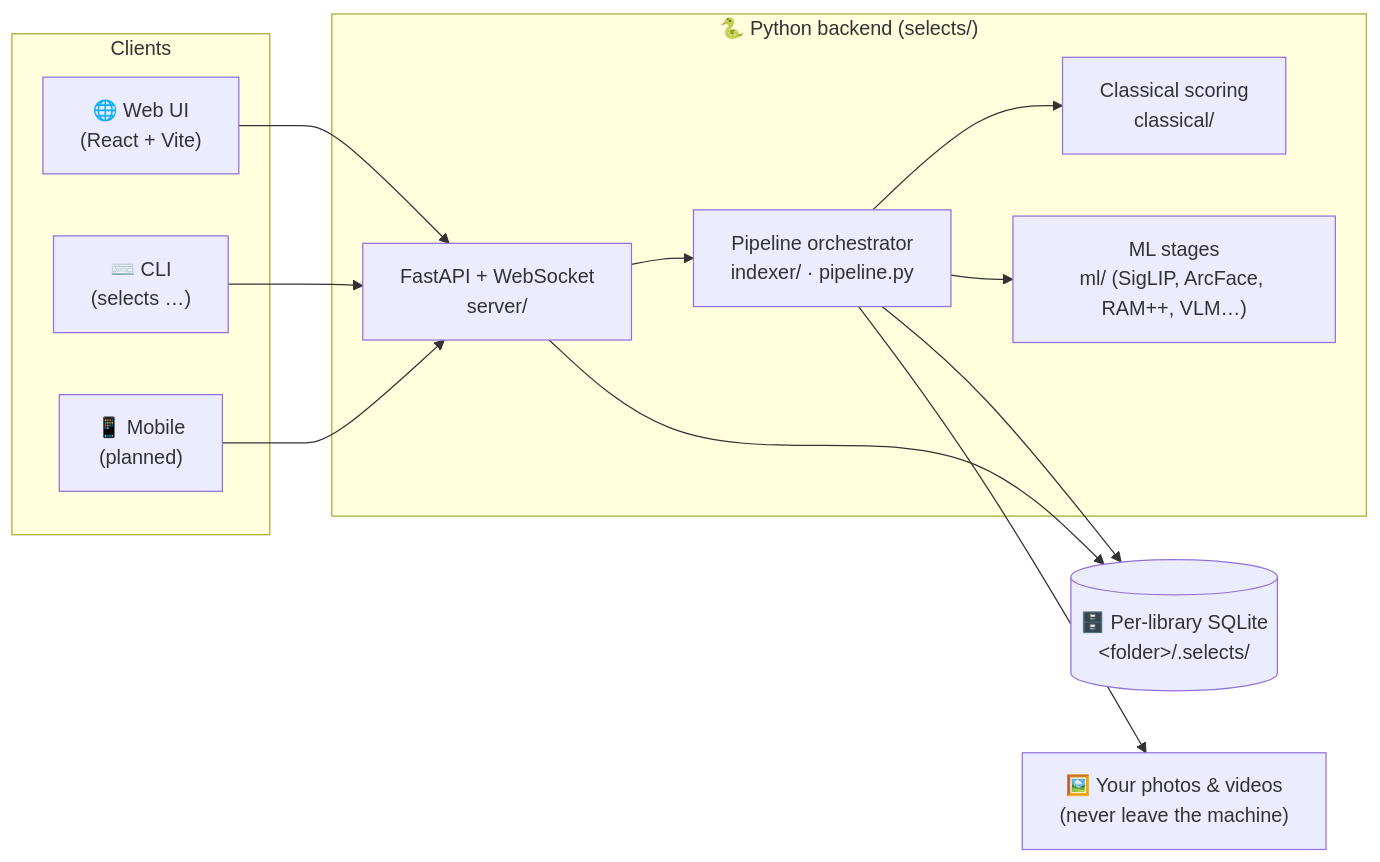
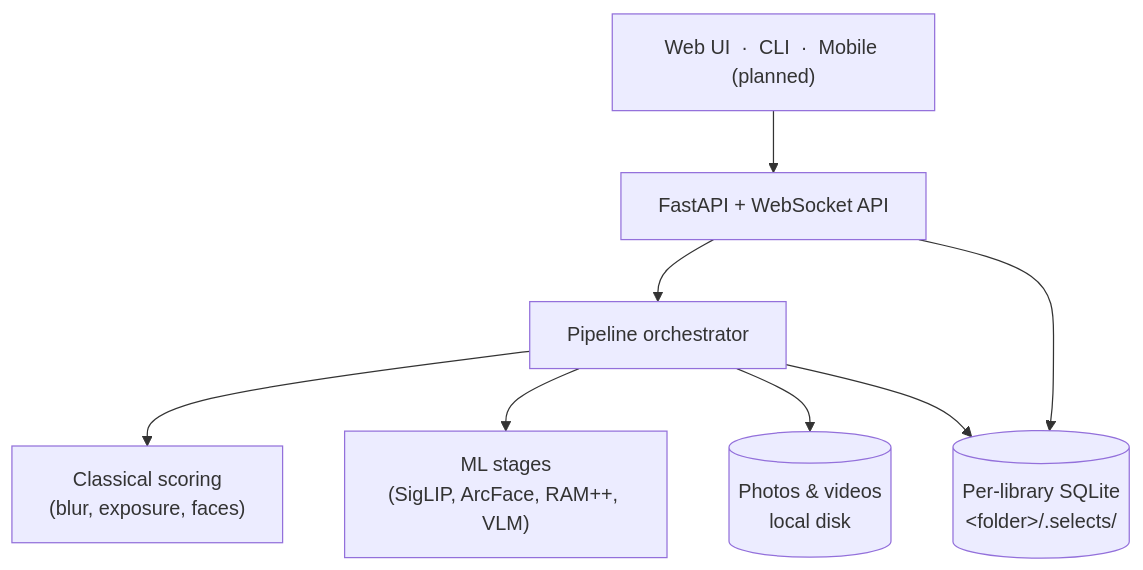
Before and after one commit to bihanikeshav/selects: the diagram in README.md, drawn with Mermaid. The commit also changed other lines of this file, not shown here.

Commit message:
docs: remove emojis, simplify architecture diagram

````diff
--- a/README.md
+++ b/README.md
@@ -99,23 +99,18 @@
 ```mermaid
-flowchart LR
-    subgraph Clients
-        WEB["🌐 Web UI<br/>(React + Vite)"]
-        CLI["⌨️ CLI<br/>(selects …)"]
-        MOB["📱 Mobile<br/>(planned)"]
-    end
-    subgraph Backend["🐍 Python backend (selects/)"]
-        API["FastAPI + WebSocket<br/>server/"]
-        PIPE["Pipeline orchestrator<br/>indexer/ · pipeline.py"]
-        CLASSIC["Classical scoring<br/>classical/"]
-        ML["ML stages<br/>ml/ (SigLIP, ArcFace, RAM++, VLM…)"]
-    end
-    DB[("🗄️ Per-library SQLite<br/>&lt;folder&gt;/.selects/")]
-    FILES["🖼️ Your photos & videos<br/>(never leave the machine)"]
+flowchart TD
+    Clients["Web UI &nbsp;·&nbsp; CLI &nbsp;·&nbsp; Mobile (planned)"]
+    API["FastAPI + WebSocket API"]
+    Pipeline["Pipeline orchestrator"]
+    Classical["Classical scoring<br/>(blur, exposure, faces)"]
+    ML["ML stages<br/>(SigLIP, ArcFace, RAM++, VLM)"]
+    Files[("Photos & videos<br/>local disk")]
+    DB[("Per-library SQLite<br/>&lt;folder&gt;/.selects/")]
 
-    WEB & CLI & MOB --> API
-    API --> PIPE
-    PIPE --> CLASSIC & ML
-    PIPE --> DB
+    Clients --> API
+    API --> Pipeline
     API --> DB
-    PIPE --> FILES
+    Pipeline --> Classical
+    Pipeline --> ML
+    Pipeline --> Files
+    Pipeline --> DB
 ```
````
